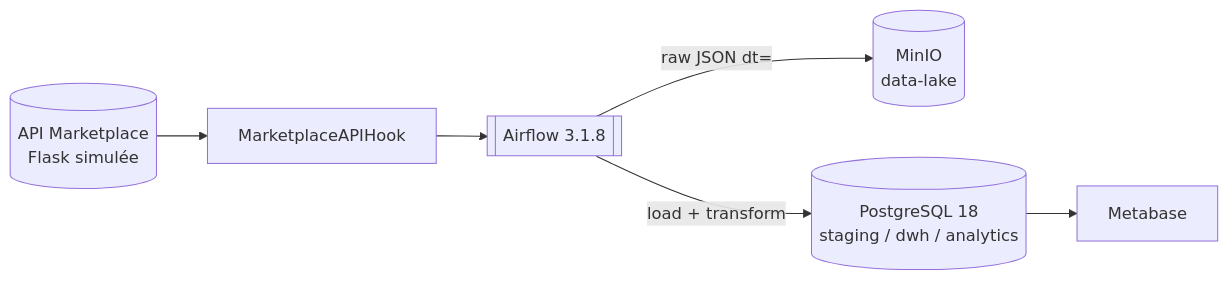
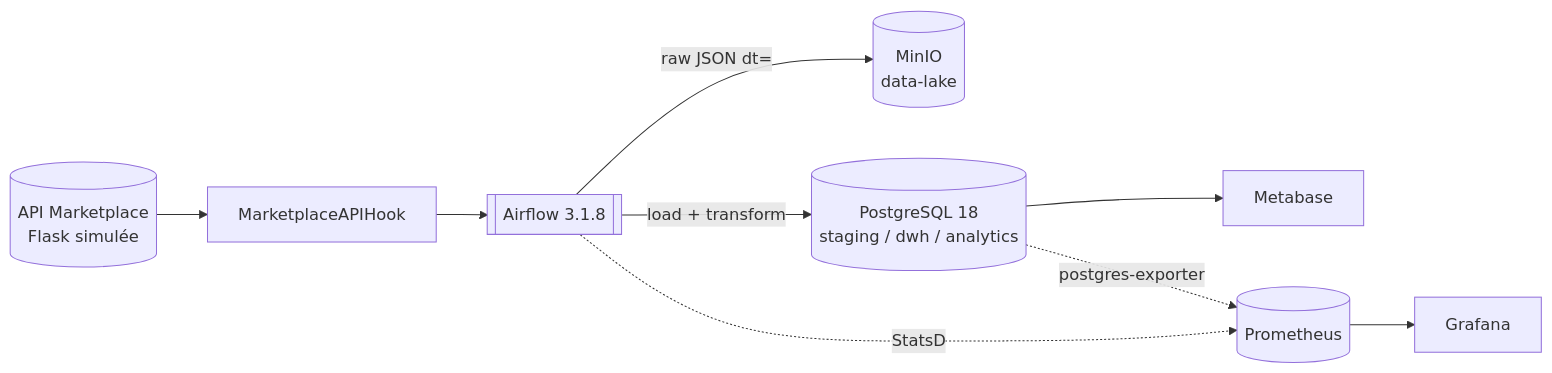
Before and after one commit to bhvvl/projet-final-marketplace: the first of 4 diagrams in README.md, drawn with Mermaid. The commit also changed other lines of this file and 10 other files, not shown here.

First line of the commit message:
Bonus : observabilité Prometheus + Grafana

````diff
--- a/README.md
+++ b/README.md
@@ -9,8 +9,11 @@
 ```mermaid
 flowchart LR
     api[("API Marketplace<br/>Flask simulée")] --> hook["MarketplaceAPIHook"]
     hook --> airflow[["Airflow 3.1.8"]]
     airflow -- "raw JSON dt=" --> minio[("MinIO<br/>data-lake")]
     airflow -- "load + transform" --> pg[("PostgreSQL 18<br/>staging / dwh / analytics")]
     pg --> mb["Metabase"]
+    airflow -. "StatsD" .-> prom[("Prometheus")]
+    pg -. "postgres-exporter" .-> prom
+    prom --> graf["Grafana"]
 ```
````
